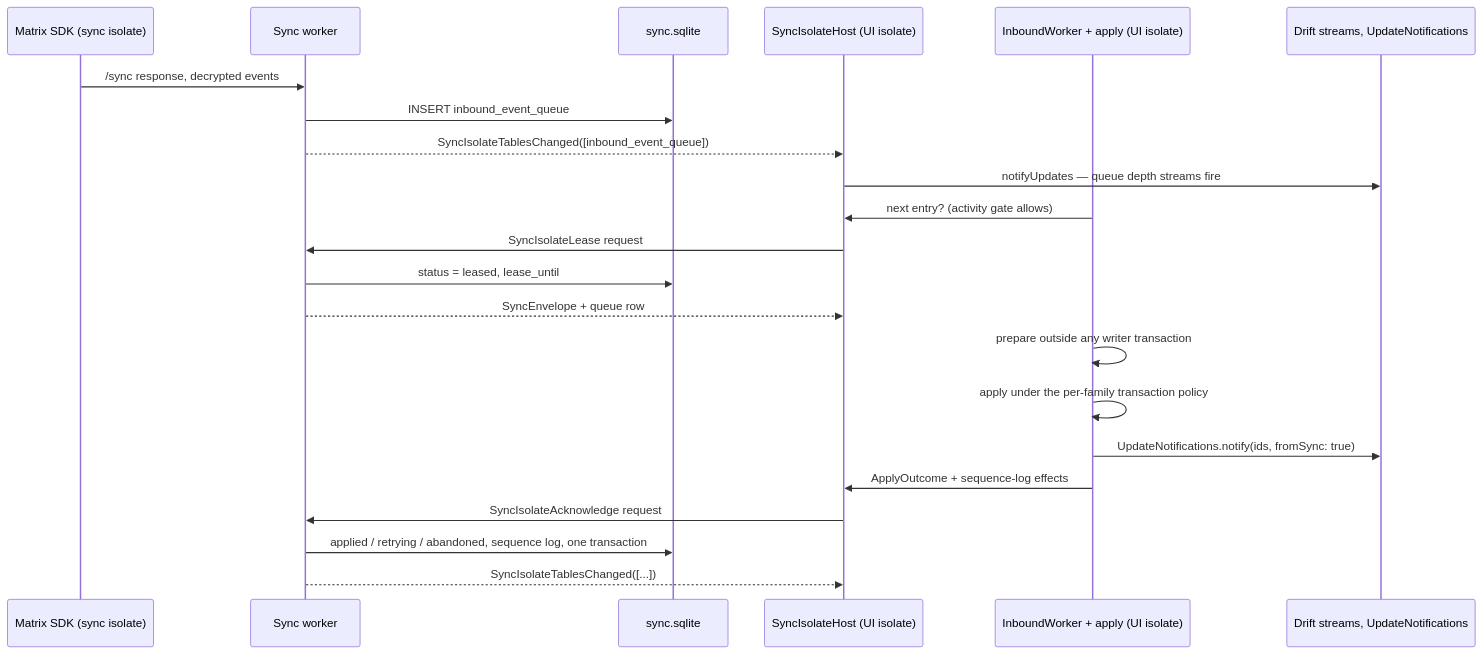
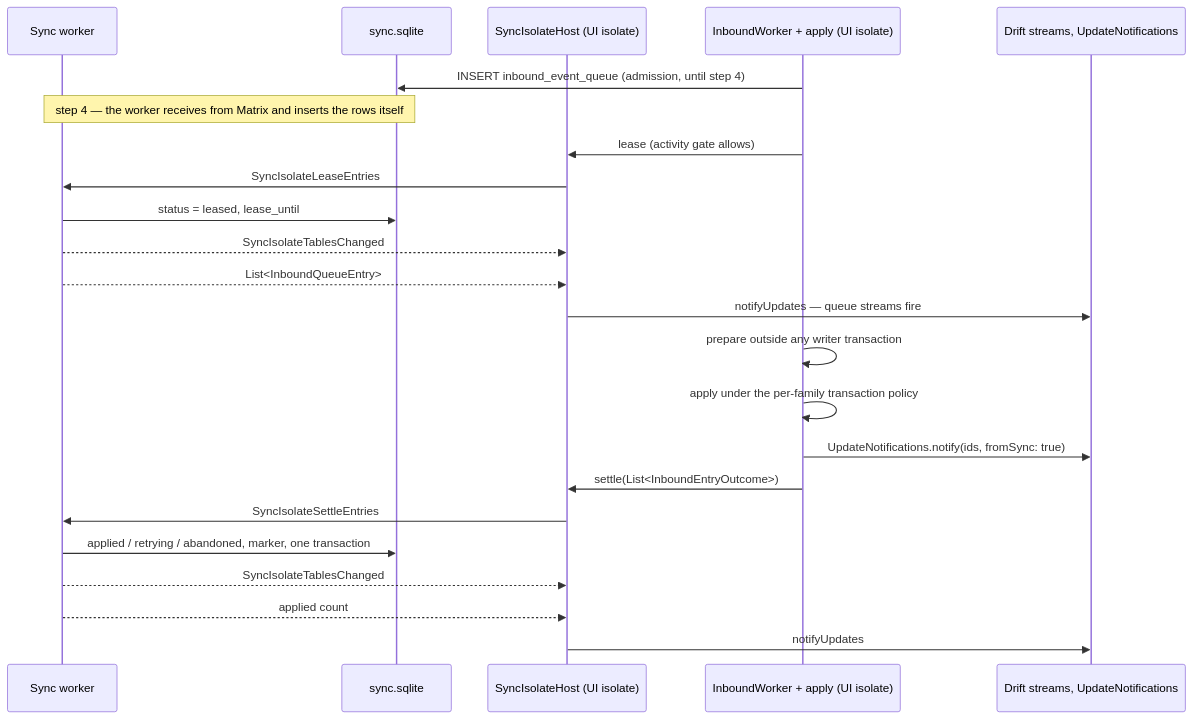
Before and after one commit to matthiasn/lotti: the first of 2 diagrams in knowledge/features/sync/isolate.md, drawn with Mermaid. The commit also changed other lines of this file and 55 other files, not shown here.

Commit message:
feat(sync): Room-free attachments and the acknowledged queue hand-off through the sync isolate (ADR 0142 step 3) (#4833)

````diff
--- a/knowledge/features/sync/isolate.md
+++ b/knowledge/features/sync/isolate.md
@@ -97,24 +124,25 @@
 ```mermaid
 sequenceDiagram
-  participant M as Matrix SDK (sync isolate)
   participant W as Sync worker
   participant S as sync.sqlite
   participant H as SyncIsolateHost (UI isolate)
   participant A as InboundWorker + apply (UI isolate)
   participant U as Drift streams, UpdateNotifications
-  M->>W: /sync response, decrypted events
-  W->>S: INSERT inbound_event_queue
-  W-->>H: SyncIsolateTablesChanged([inbound_event_queue])
-  H->>U: notifyUpdates — queue depth streams fire
-  A->>H: next entry? (activity gate allows)
-  H->>W: SyncIsolateLease request
+  A->>S: INSERT inbound_event_queue (admission, until step 4)
+  Note over W,S: step 4 — the worker receives from Matrix and inserts the rows itself
+  A->>H: lease (activity gate allows)
+  H->>W: SyncIsolateLeaseEntries
   W->>S: status = leased, lease_until
-  W-->>H: SyncEnvelope + queue row
+  W-->>H: SyncIsolateTablesChanged
+  W-->>H: List<InboundQueueEntry>
+  H->>U: notifyUpdates — queue streams fire
   A->>A: prepare outside any writer transaction
   A->>A: apply under the per-family transaction policy
   A->>U: UpdateNotifications.notify(ids, fromSync: true)
-  A->>H: ApplyOutcome + sequence-log effects
-  H->>W: SyncIsolateAcknowledge request
-  W->>S: applied / retrying / abandoned, sequence log, one transaction
-  W-->>H: SyncIsolateTablesChanged([...])
+  A->>H: settle(List<InboundEntryOutcome>)
+  H->>W: SyncIsolateSettleEntries
+  W->>S: applied / retrying / abandoned, marker, one transaction
+  W-->>H: SyncIsolateTablesChanged
+  W-->>H: applied count
+  H->>U: notifyUpdates
 ```
````
